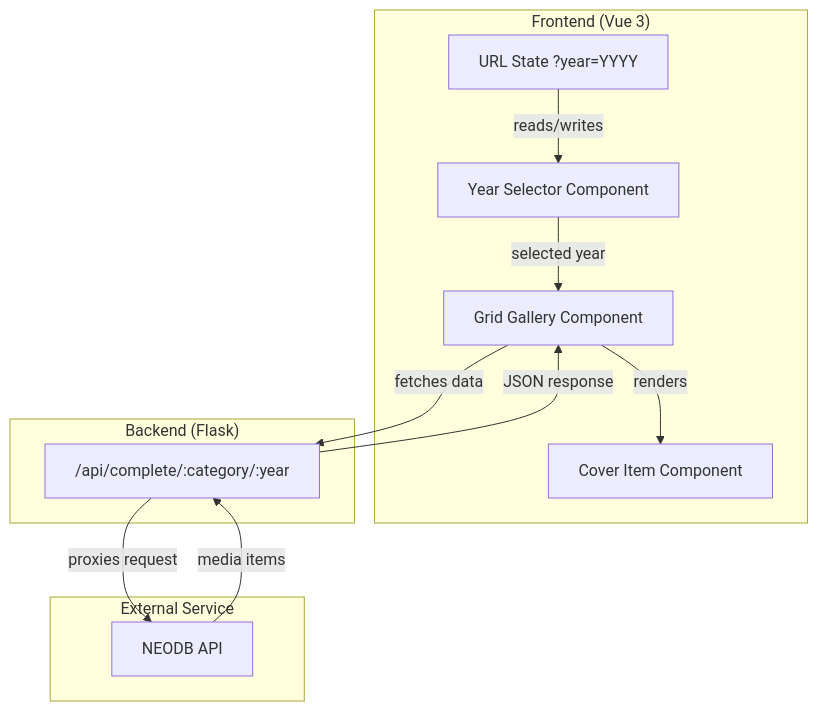
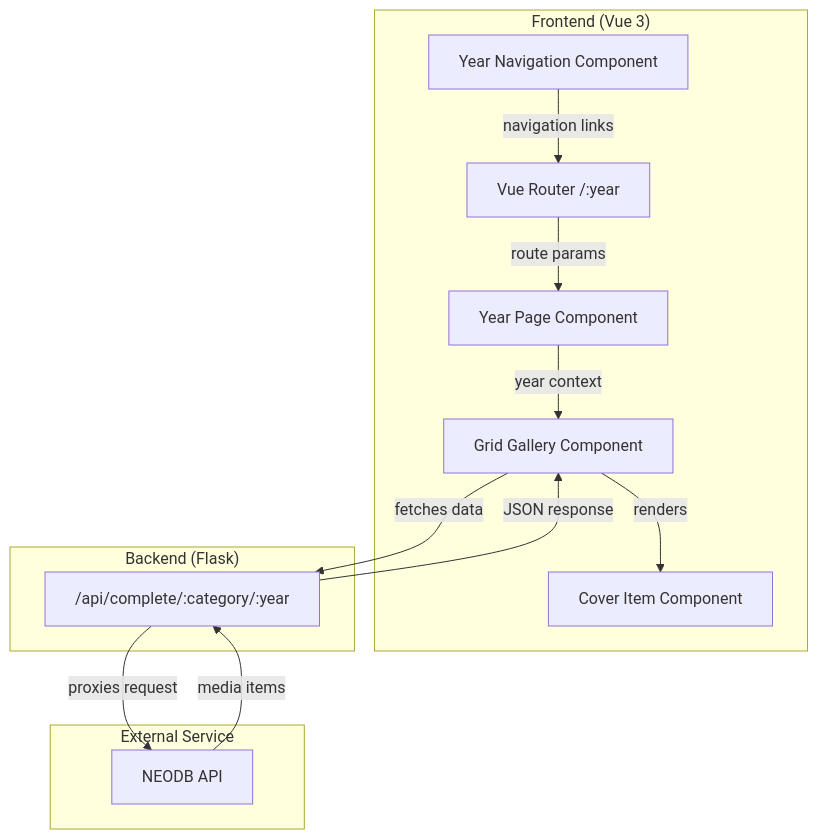
The diagram in .something/prd.md (GabrielDrapor/Savoria), drawn with Mermaid before and after one commit. The commit also changed other lines of this file, not shown here.

Commit message:
feat: update PRD to page-per-year architecture based on feedback #81770dd3-a4cc-4c12-8726-92ebf896042f

````diff
--- a/.something/prd.md
+++ b/.something/prd.md
@@ -327,25 +328,27 @@
 ```mermaid
 flowchart TB
     subgraph Frontend["Frontend (Vue 3)"]
-        YS[Year Selector Component]
+        VR[Vue Router /:year]
+        YN[Year Navigation Component]
+        YP[Year Page Component]
         GG[Grid Gallery Component]
         CI[Cover Item Component]
-        URL[URL State ?year=YYYY]
     end
 
     subgraph Backend["Backend (Flask)"]
         API["/api/complete/:category/:year"]
     end
 
     subgraph External["External Service"]
         NEODB[NEODB API]
     end
 
-    URL -->|reads/writes| YS
-    YS -->|selected year| GG
+    VR -->|route params| YP
+    YN -->|navigation links| VR
+    YP -->|year context| GG
     GG -->|fetches data| API
     API -->|proxies request| NEODB
     NEODB -->|media items| API
     API -->|JSON response| GG
     GG -->|renders| CI
 ```
````
